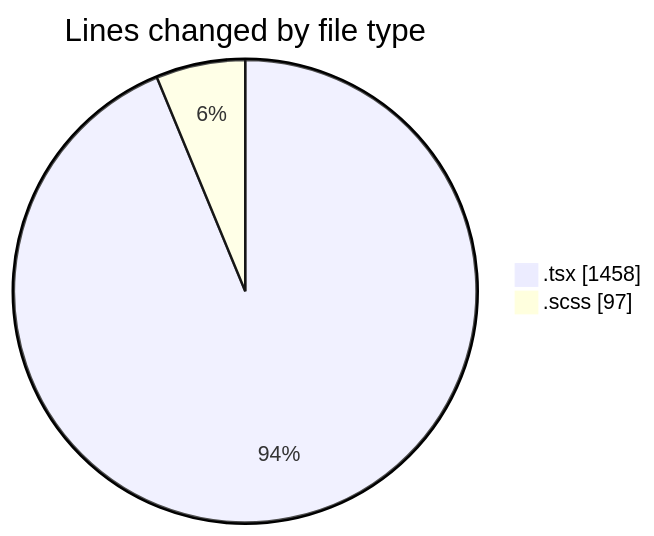
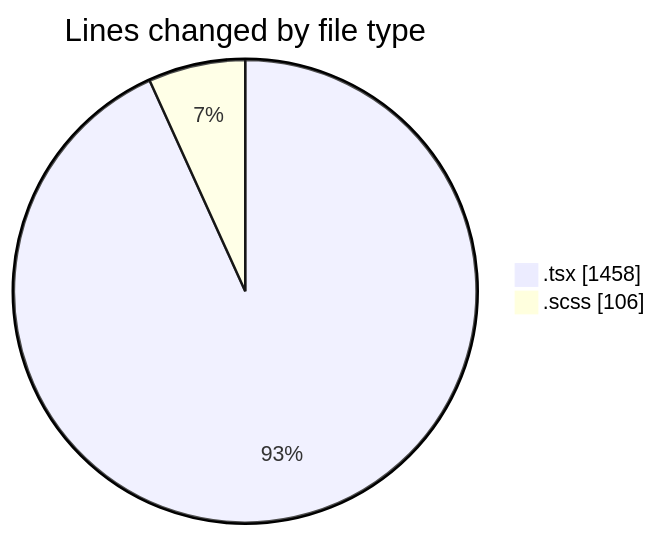
One commit to momahboobian/code-tracking changed the first of 2 diagrams in 2025-04-07/cda/README.md. Above: the diagram before and after it, drawn with Mermaid. The commit also changed other lines of this file and 1 other file, not shown here.

````diff
--- a/2025-04-07/cda/README.md
+++ b/2025-04-07/cda/README.md
@@ -24,6 +24,6 @@
 ```mermaid
 pie showData
 title Lines changed by file type
 ".tsx" : 1458
-".scss" : 97
+".scss" : 106
 ```
````
